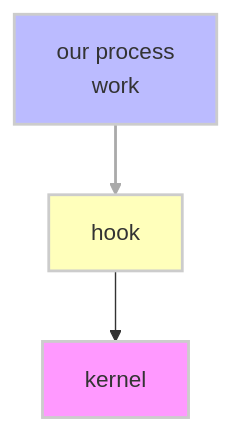
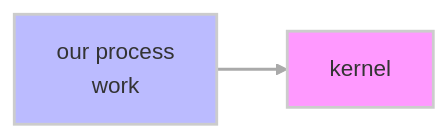
Before and after one commit to hannahkm/fosdem-2026: the first of 4 diagrams in presentation.md, drawn with Mermaid. The commit also changed other lines of this file, not shown here.

````diff
--- a/presentation.md
+++ b/presentation.md
@@ -414,13 +412,11 @@
 ```mermaid
-graph TB
+graph LR
     kernel[kernel]
     process[our process<br/>work]
-    hook[hook]
 
-    process --> hook --> kernel
+    process --> kernel
 
     style kernel fill:#f9f,stroke:#ccc,stroke-width:2px
-    style hook fill:#ffb,stroke:#ccc,stroke-width:2px
     style process fill:#bbf,stroke:#ccc,stroke-width:2px
-    linkStyle 0 stroke:#aaa,stroke-width:2px
+    linkStyle default stroke:#aaa,stroke-width:2px
 ```
````
